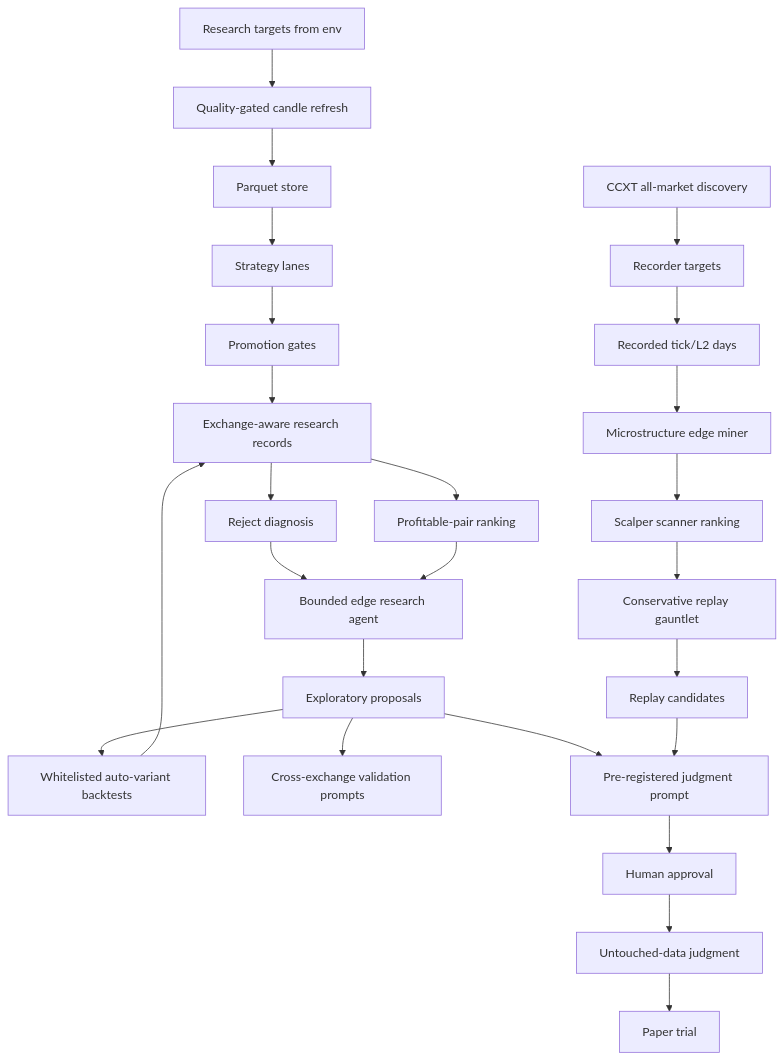
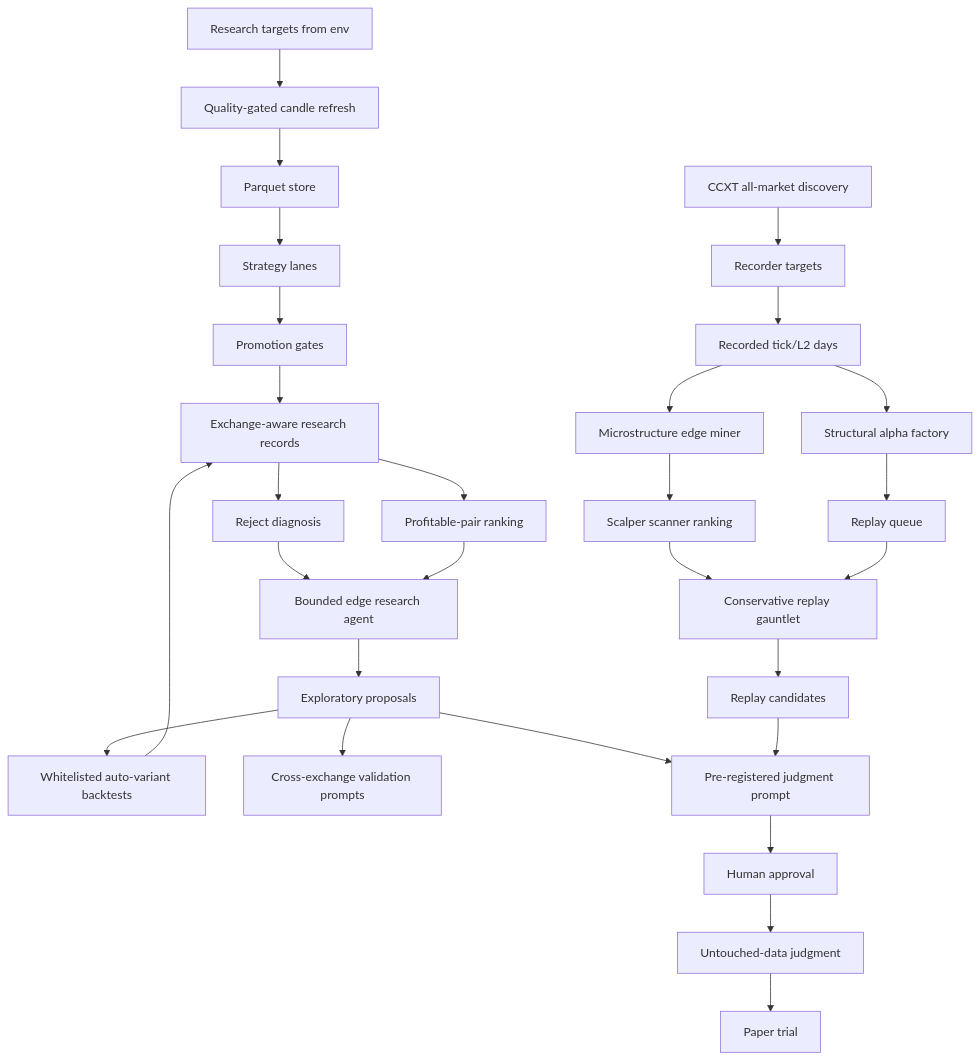
The fourth of 6 diagrams in docs/ARCHITECTURE_FLOW.md (vikkl1990/vnedge), drawn with Mermaid before and after one commit. The commit also changed other lines of this file and 6 other files, not shown here.

Commit message:
Build structural alpha factory

````diff
--- a/docs/ARCHITECTURE_FLOW.md
+++ b/docs/ARCHITECTURE_FLOW.md
@@ -157,27 +160,30 @@
 ```mermaid
 flowchart TB
     Targets["Research targets from env"] --> Refresh["Quality-gated candle refresh"]
     MarketDiscovery["CCXT all-market discovery"] --> RecorderTargets
     Refresh --> Store["Parquet store"]
     Store --> Lanes["Strategy lanes"]
     Lanes --> Gates["Promotion gates"]
     Gates --> Records["Exchange-aware research records"]
     Records --> Profitable["Profitable-pair ranking"]
     RecorderTargets["Recorder targets"] --> TickData["Recorded tick/L2 days"]
     TickData --> EdgeMiner["Microstructure edge miner"]
+    TickData --> AlphaFactory["Structural alpha factory"]
     EdgeMiner --> ScalpScan["Scalper scanner ranking"]
+    AlphaFactory --> ReplayQueue["Replay queue"]
     ScalpScan --> Replay["Conservative replay gauntlet"]
+    ReplayQueue --> Replay
     Replay --> ReplayCandidates["Replay candidates"]
     Records --> Diagnosis["Reject diagnosis"]
     Diagnosis --> Agent["Bounded edge research agent"]
     Profitable --> Agent
     Agent --> Proposals["Exploratory proposals"]
     Proposals --> Variants["Whitelisted auto-variant backtests"]
     Proposals --> CrossVenue["Cross-exchange validation prompts"]
     Proposals --> JudgmentPrompt["Pre-registered judgment prompt"]
     ReplayCandidates --> JudgmentPrompt
     Variants --> Records
     JudgmentPrompt --> Human["Human approval"]
     Human --> Untouched["Untouched-data judgment"]
     Untouched --> Paper["Paper trial"]
 ```
````
